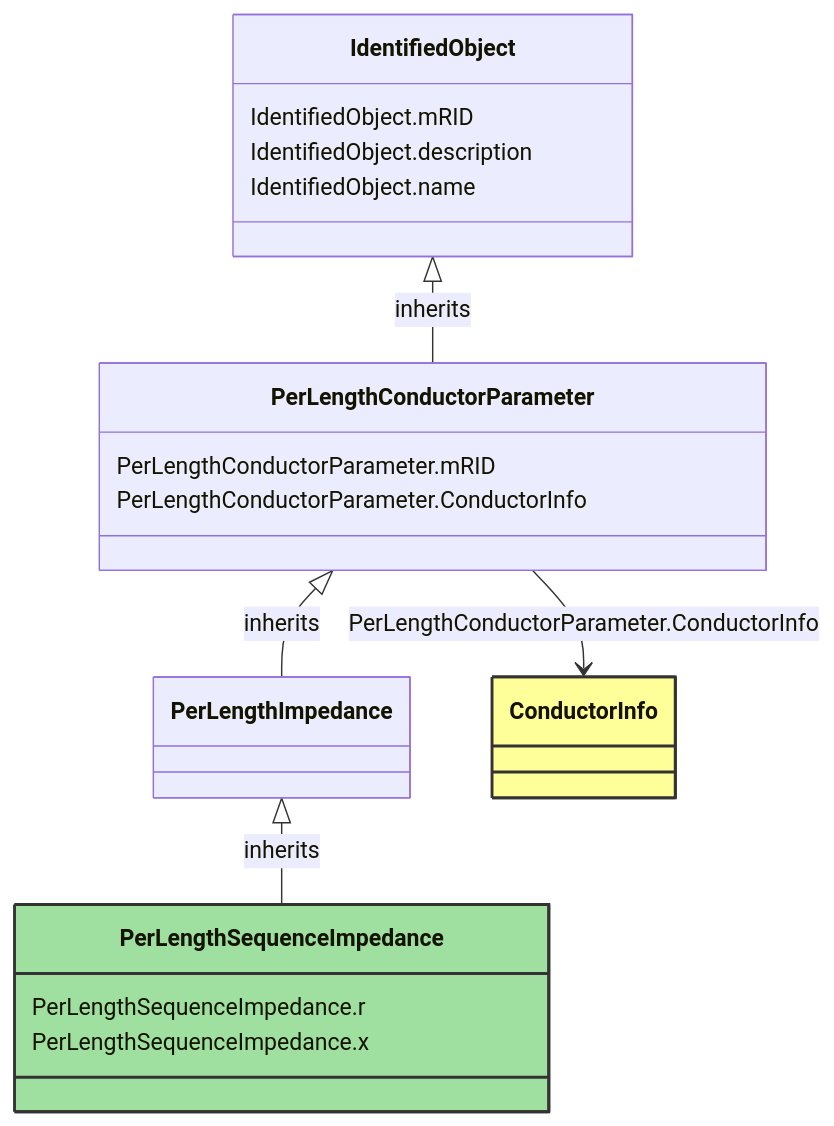
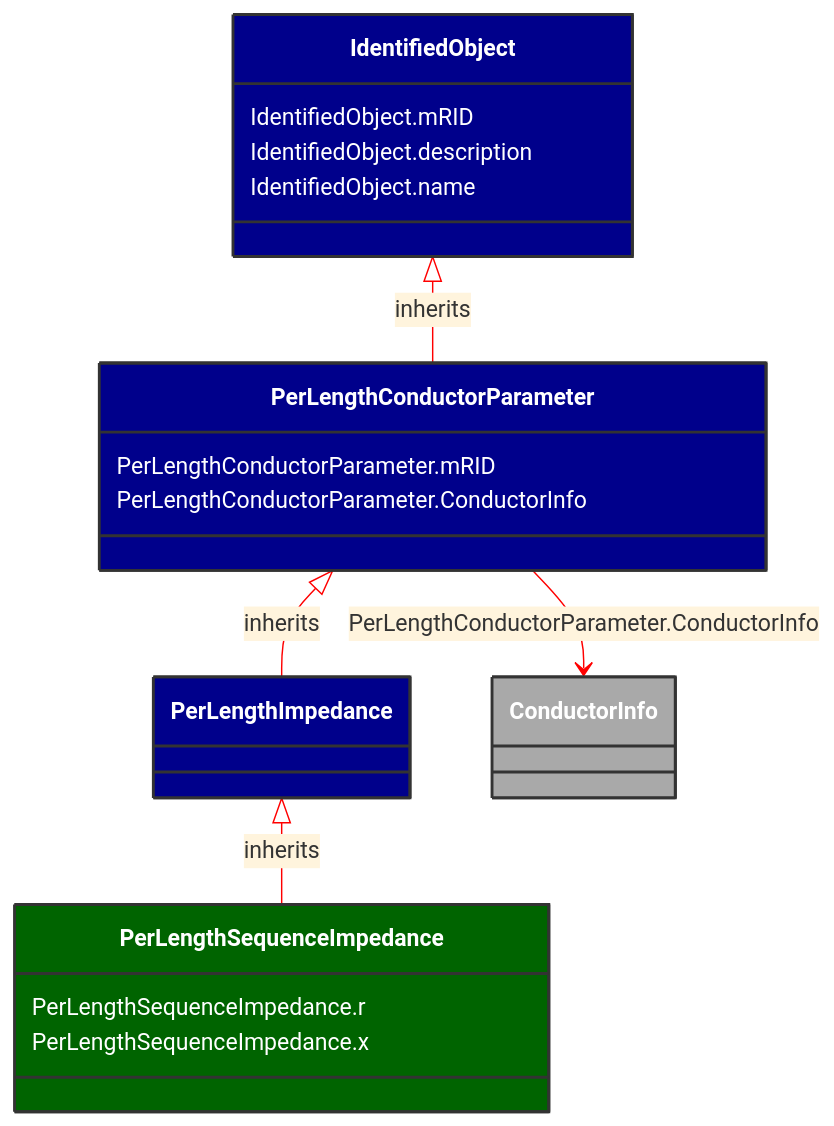
Before and after one commit to 3lbits/NoCIMExtensions: the diagram in docs/Models/Profiles/SubseaCableInfo/ConcreteClasses/PerLengthSequenceImpedance.md, drawn with Mermaid. The commit also changed 58 other files, not shown here.

````diff
--- a/docs/Models/Profiles/SubseaCableInfo/ConcreteClasses/PerLengthSequenceImpedance.md
+++ b/docs/Models/Profiles/SubseaCableInfo/ConcreteClasses/PerLengthSequenceImpedance.md
@@ -8,37 +8,38 @@
 ```mermaid
+%%{init: {'theme':'base','themeVariables': {'lineColor': '#FF0000'}}}%%
 classDiagram
     class PerLengthSequenceImpedance
     click PerLengthSequenceImpedance href "/Models/Profiles/SubseaCableInfo/ConcreteClasses/PerLengthSequenceImpedance/"
-    style PerLengthSequenceImpedance fill:#9fdf9f,stroke:#333,stroke-width:2px,rx:10,ry:10
+    style PerLengthSequenceImpedance fill:#006400,stroke:#333,stroke-width:2px,rx:10,ry:10,color:white
 
         PerLengthImpedance <|-- PerLengthSequenceImpedance : inherits
             click PerLengthImpedance href "/Models/Profiles/SubseaCableInfo/AbstractClasses/PerLengthImpedance/"
-            style PerLengthImpedance rx:10,ry:10
+            style PerLengthImpedance fill:#00008B,stroke:#333,stroke-width:2px,rx:10,ry:10,color:white
 
         PerLengthSequenceImpedance
             click PerLengthSequenceImpedance href "/Models/Profiles/SubseaCableInfo/ConcreteClasses/PerLengthSequenceImpedance/"
-            style PerLengthSequenceImpedance rx:10,ry:10
+            style PerLengthImpedance fill:#00008B,stroke:#333,stroke-width:2px,rx:10,ry:10,color:white
 
         PerLengthConductorParameter <|-- PerLengthImpedance : inherits
             click PerLengthConductorParameter href "/Models/Profiles/SubseaCableInfo/AbstractClasses/PerLengthConductorParameter/"
-            style PerLengthConductorParameter rx:10,ry:10
+            style PerLengthConductorParameter fill:#00008B,stroke:#333,stroke-width:2px,rx:10,ry:10,color:white
 
         IdentifiedObject <|-- PerLengthConductorParameter : inherits
             click IdentifiedObject href "/Models/Profiles/SubseaCableInfo/AbstractClasses/IdentifiedObject/"
-            style IdentifiedObject rx:10,ry:10
+            style IdentifiedObject fill:#00008B,stroke:#333,stroke-width:2px,rx:10,ry:10,color:white
 
         PerLengthConductorParameter --> ConductorInfo : PerLengthConductorParameter.ConductorInfo
 
         ConductorInfo
             click ConductorInfo href "/Models/Profiles/SubseaCableInfo/AbstractClasses/ConductorInfo/"
-            style ConductorInfo fill:#ffff99,stroke:#333,stroke-width:2px,rx:10,ry:10
+            style ConductorInfo fill:#A9A9A9,stroke:#333,stroke-width:2px,rx:10,ry:10,color:white
 
 
         PerLengthSequenceImpedance : PerLengthSequenceImpedance.r
         PerLengthSequenceImpedance : PerLengthSequenceImpedance.x
         PerLengthConductorParameter : PerLengthConductorParameter.mRID
         PerLengthConductorParameter : PerLengthConductorParameter.ConductorInfo
         IdentifiedObject : IdentifiedObject.mRID
         IdentifiedObject : IdentifiedObject.description
         IdentifiedObject : IdentifiedObject.name
 ```
````
